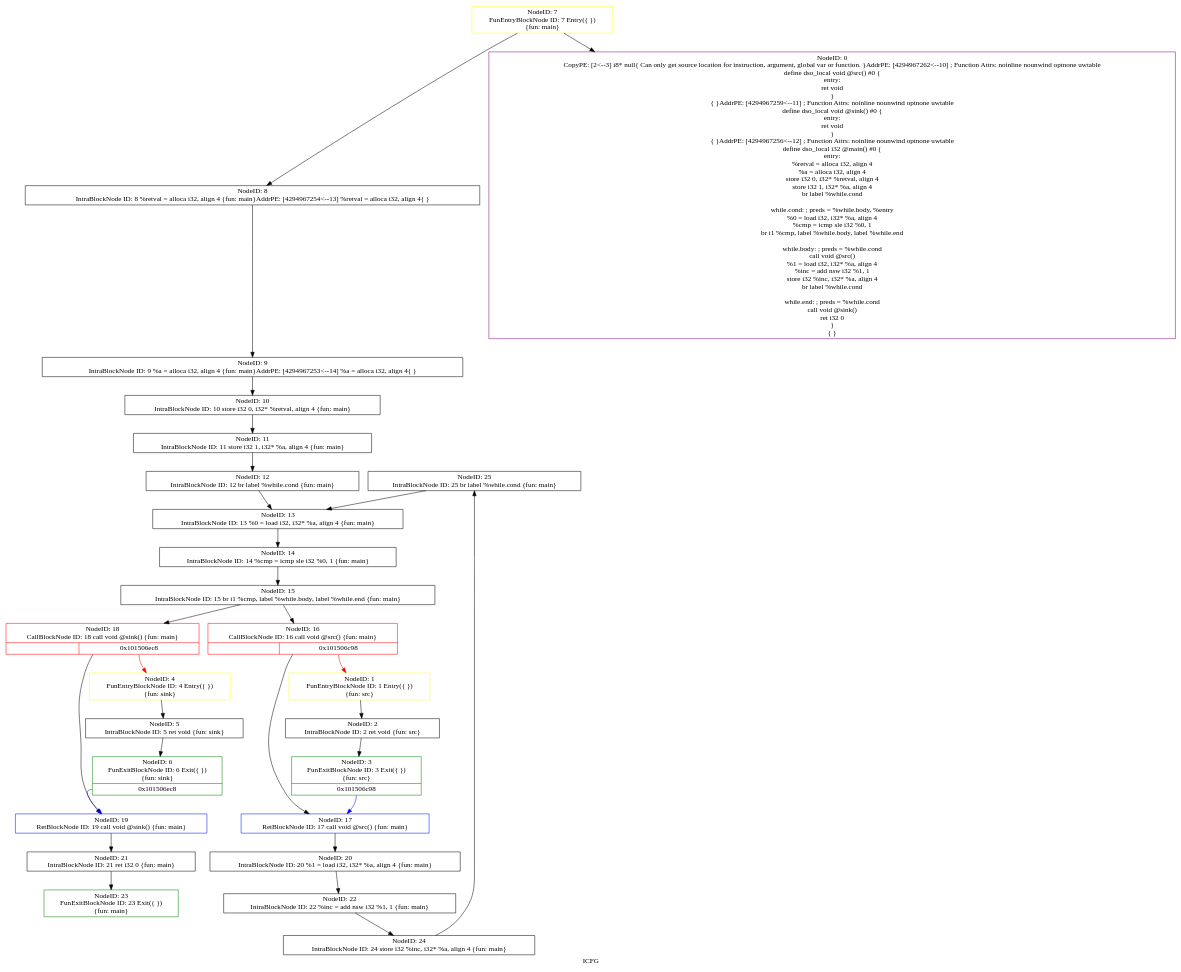
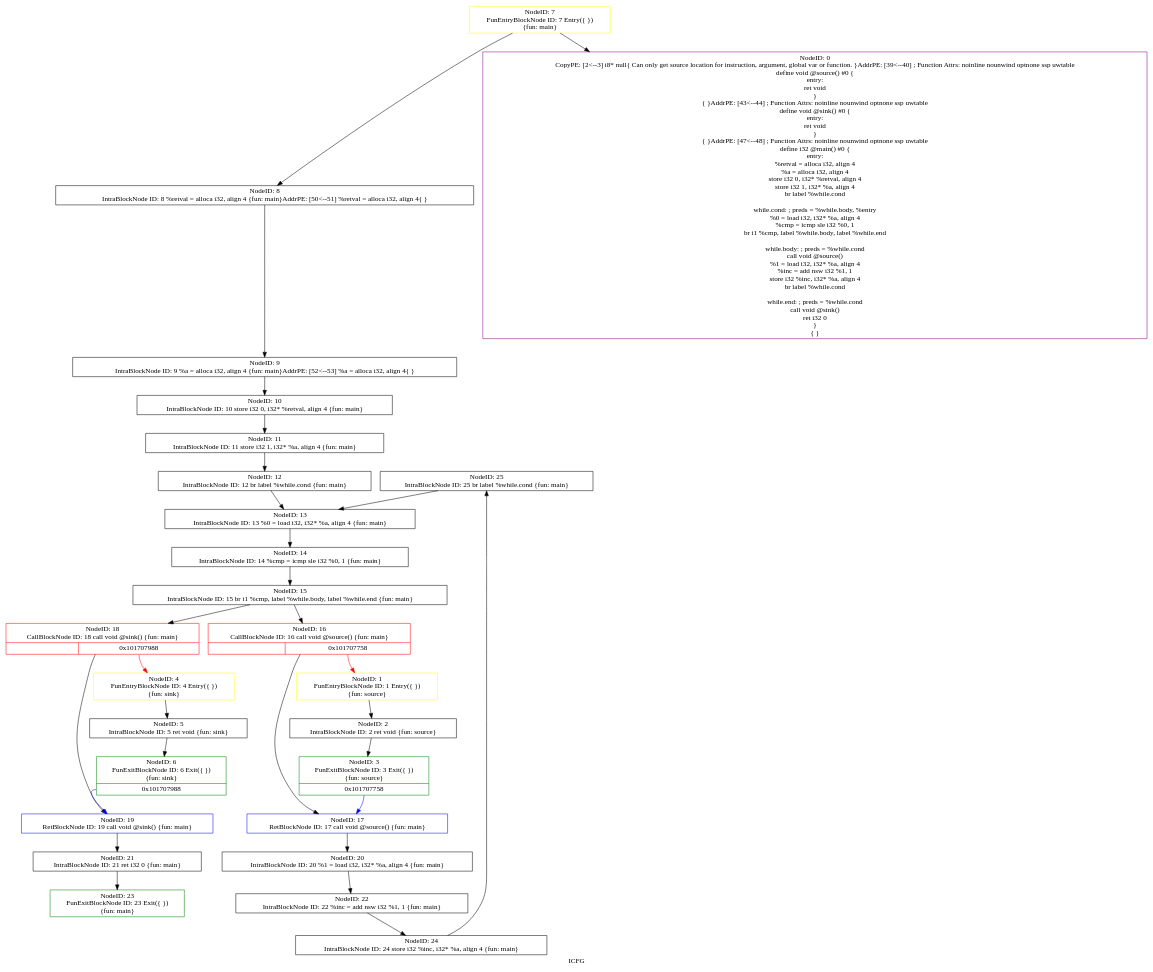
Before and after one commit to SVF-tools/Teaching-Software-Analysis: the diagram in Assignment-2/testcase/dot/icfg_test2.dot, drawn with Graphviz. The commit also changed 6 other files, not shown here.

Commit message:
src->source

```diff
--- a/Assignment-2/testcase/dot/icfg_test2.dot
+++ b/Assignment-2/testcase/dot/icfg_test2.dot
@@ -1,58 +1,58 @@
 digraph "ICFG" {
 	label="ICFG";
 
-	Node0x10150aa40 [shape=record,color=black,label="{NodeID: 25\nIntraBlockNode ID: 25   br label %while.cond \{fun: main\}}"];
-	Node0x10150aa40 -> Node0x101508350[style=solid];
-	Node0x10150a8e0 [shape=record,color=black,label="{NodeID: 24\nIntraBlockNode ID: 24   store i32 %inc, i32* %a, align 4 \{fun: main\}}"];
-	Node0x10150a8e0 -> Node0x10150aa40[style=solid];
-	Node0x10150a6b0 [shape=record,color=green,label="{NodeID: 23\nFunExitBlockNode ID: 23 Exit(\{  \})\n \{fun: main\}}"];
-	Node0x10150a4d0 [shape=record,color=black,label="{NodeID: 22\nIntraBlockNode ID: 22   %inc = add nsw i32 %1, 1 \{fun: main\}}"];
-	Node0x10150a4d0 -> Node0x10150a8e0[style=solid];
-	Node0x10150a200 [shape=record,color=black,label="{NodeID: 21\nIntraBlockNode ID: 21   ret i32 0 \{fun: main\}}"];
-	Node0x10150a200 -> Node0x10150a6b0[style=solid];
-	Node0x101509ff0 [shape=record,color=black,label="{NodeID: 20\nIntraBlockNode ID: 20   %1 = load i32, i32* %a, align 4 \{fun: main\}}"];
-	Node0x101509ff0 -> Node0x10150a4d0[style=solid];
-	Node0x101509dd0 [shape=record,color=blue,label="{NodeID: 19\nRetBlockNode ID: 19   call void @sink() \{fun: main\}}"];
-	Node0x101509dd0 -> Node0x10150a200[style=solid];
-	Node0x101509c50 [shape=record,color=red,label="{NodeID: 18\nCallBlockNode ID: 18   call void @sink() \{fun: main\}|{|<s1>0x101506ec8}}"];
-	Node0x101509c50 -> Node0x101509dd0[style=solid];
-	Node0x101509c50:s1 -> Node0x101507030[style=solid,color=red];
-	Node0x101509a30 [shape=record,color=blue,label="{NodeID: 17\nRetBlockNode ID: 17   call void @src() \{fun: main\}}"];
-	Node0x101509a30 -> Node0x101509ff0[style=solid];
-	Node0x1015098b0 [shape=record,color=red,label="{NodeID: 16\nCallBlockNode ID: 16   call void @src() \{fun: main\}|{|<s1>0x101506c98}}"];
-	Node0x1015098b0 -> Node0x101509a30[style=solid];
-	Node0x1015098b0:s1 -> Node0x101505930[style=solid,color=red];
-	Node0x101509750 [shape=record,color=black,label="{NodeID: 15\nIntraBlockNode ID: 15   br i1 %cmp, label %while.body, label %while.end \{fun: main\}}"];
-	Node0x101509750 -> Node0x1015098b0[style=solid];
-	Node0x101509750 -> Node0x101509c50[style=solid];
-	Node0x101508530 [shape=record,color=black,label="{NodeID: 14\nIntraBlockNode ID: 14   %cmp = icmp sle i32 %0, 1 \{fun: main\}}"];
-	Node0x101508530 -> Node0x101509750[style=solid];
-	Node0x101508350 [shape=record,color=black,label="{NodeID: 13\nIntraBlockNode ID: 13   %0 = load i32, i32* %a, align 4 \{fun: main\}}"];
-	Node0x101508350 -> Node0x101508530[style=solid];
-	Node0x1015081d0 [shape=record,color=black,label="{NodeID: 12\nIntraBlockNode ID: 12   br label %while.cond \{fun: main\}}"];
-	Node0x1015081d0 -> Node0x101508350[style=solid];
-	Node0x101507fc0 [shape=record,color=black,label="{NodeID: 11\nIntraBlockNode ID: 11   store i32 1, i32* %a, align 4 \{fun: main\}}"];
-	Node0x101507fc0 -> Node0x1015081d0[style=solid];
-	Node0x101507e10 [shape=record,color=black,label="{NodeID: 10\nIntraBlockNode ID: 10   store i32 0, i32* %retval, align 4 \{fun: main\}}"];
-	Node0x101507e10 -> Node0x101507fc0[style=solid];
-	Node0x101509680 [shape=record,color=black,label="{NodeID: 9\nIntraBlockNode ID: 9   %a = alloca i32, align 4 \{fun: main\}AddrPE: [4294967253\<--14]    %a = alloca i32, align 4\{  \}}"];
-	Node0x101509680 -> Node0x101507e10[style=solid];
-	Node0x1015094d0 [shape=record,color=black,label="{NodeID: 8\nIntraBlockNode ID: 8   %retval = alloca i32, align 4 \{fun: main\}AddrPE: [4294967254\<--13]    %retval = alloca i32, align 4\{  \}}"];
-	Node0x1015094d0 -> Node0x101509680[style=solid];
-	Node0x1015093c0 [shape=record,color=yellow,label="{NodeID: 7\nFunEntryBlockNode ID: 7 Entry(\{  \})\n \{fun: main\}}"];
-	Node0x1015093c0 -> Node0x101505870[style=solid];
-	Node0x1015093c0 -> Node0x1015094d0[style=solid];
-	Node0x1015072c0 [shape=record,color=green,label="{NodeID: 6\nFunExitBlockNode ID: 6 Exit(\{  \})\n \{fun: sink\}|{<s0>0x101506ec8}}"];
-	Node0x1015072c0:s0 -> Node0x101509dd0[style=solid,color=blue];
-	Node0x101507110 [shape=record,color=black,label="{NodeID: 5\nIntraBlockNode ID: 5   ret void \{fun: sink\}}"];
-	Node0x101507110 -> Node0x1015072c0[style=solid];
-	Node0x101507030 [shape=record,color=yellow,label="{NodeID: 4\nFunEntryBlockNode ID: 4 Entry(\{  \})\n \{fun: sink\}}"];
-	Node0x101507030 -> Node0x101507110[style=solid];
-	Node0x101506f10 [shape=record,color=green,label="{NodeID: 3\nFunExitBlockNode ID: 3 Exit(\{  \})\n \{fun: src\}|{<s0>0x101506c98}}"];
-	Node0x101506f10:s0 -> Node0x101509a30[style=solid,color=blue];
-	Node0x101505a10 [shape=record,color=black,label="{NodeID: 2\nIntraBlockNode ID: 2   ret void \{fun: src\}}"];
-	Node0x101505a10 -> Node0x101506f10[style=solid];
-	Node0x101505930 [shape=record,color=yellow,label="{NodeID: 1\nFunEntryBlockNode ID: 1 Entry(\{  \})\n \{fun: src\}}"];
-	Node0x101505930 -> Node0x101505a10[style=solid];
-	Node0x101505870 [shape=record,color=purple,label="{NodeID: 0\nCopyPE: [2\<--3]  i8* null\{ Can only get source location for instruction, argument, global var or function. \}AddrPE: [4294967262\<--10]  ; Function Attrs: noinline nounwind optnone uwtable\ndefine dso_local void @src() #0 \{\nentry:\n  ret void\n\}\n\{  \}AddrPE: [4294967259\<--11]  ; Function Attrs: noinline nounwind optnone uwtable\ndefine dso_local void @sink() #0 \{\nentry:\n  ret void\n\}\n\{  \}AddrPE: [4294967256\<--12]  ; Function Attrs: noinline nounwind optnone uwtable\ndefine dso_local i32 @main() #0 \{\nentry:\n  %retval = alloca i32, align 4\n  %a = alloca i32, align 4\n  store i32 0, i32* %retval, align 4\n  store i32 1, i32* %a, align 4\n  br label %while.cond\n\nwhile.cond:                                       ; preds = %while.body, %entry\n  %0 = load i32, i32* %a, align 4\n  %cmp = icmp sle i32 %0, 1\n  br i1 %cmp, label %while.body, label %while.end\n\nwhile.body:                                       ; preds = %while.cond\n  call void @src()\n  %1 = load i32, i32* %a, align 4\n  %inc = add nsw i32 %1, 1\n  store i32 %inc, i32* %a, align 4\n  br label %while.cond\n\nwhile.end:                                        ; preds = %while.cond\n  call void @sink()\n  ret i32 0\n\}\n\{  \}}"];
+	Node0x10170b6f0 [shape=record,color=black,label="{NodeID: 25\nIntraBlockNode ID: 25   br label %while.cond \{fun: main\}}"];
+	Node0x10170b6f0 -> Node0x101708f80[style=solid];
+	Node0x10170b590 [shape=record,color=black,label="{NodeID: 24\nIntraBlockNode ID: 24   store i32 %inc, i32* %a, align 4 \{fun: main\}}"];
+	Node0x10170b590 -> Node0x10170b6f0[style=solid];
+	Node0x10170b360 [shape=record,color=green,label="{NodeID: 23\nFunExitBlockNode ID: 23 Exit(\{  \})\n \{fun: main\}}"];
+	Node0x10170b180 [shape=record,color=black,label="{NodeID: 22\nIntraBlockNode ID: 22   %inc = add nsw i32 %1, 1 \{fun: main\}}"];
+	Node0x10170b180 -> Node0x10170b590[style=solid];
+	Node0x10170aeb0 [shape=record,color=black,label="{NodeID: 21\nIntraBlockNode ID: 21   ret i32 0 \{fun: main\}}"];
+	Node0x10170aeb0 -> Node0x10170b360[style=solid];
+	Node0x10170aca0 [shape=record,color=black,label="{NodeID: 20\nIntraBlockNode ID: 20   %1 = load i32, i32* %a, align 4 \{fun: main\}}"];
+	Node0x10170aca0 -> Node0x10170b180[style=solid];
+	Node0x10170aa80 [shape=record,color=blue,label="{NodeID: 19\nRetBlockNode ID: 19   call void @sink() \{fun: main\}}"];
+	Node0x10170aa80 -> Node0x10170aeb0[style=solid];
+	Node0x10170a900 [shape=record,color=red,label="{NodeID: 18\nCallBlockNode ID: 18   call void @sink() \{fun: main\}|{|<s1>0x101707988}}"];
+	Node0x10170a900 -> Node0x10170aa80[style=solid];
+	Node0x10170a900:s1 -> Node0x101706150[style=solid,color=red];
+	Node0x10170a6e0 [shape=record,color=blue,label="{NodeID: 17\nRetBlockNode ID: 17   call void @source() \{fun: main\}}"];
+	Node0x10170a6e0 -> Node0x10170aca0[style=solid];
+	Node0x10170a560 [shape=record,color=red,label="{NodeID: 16\nCallBlockNode ID: 16   call void @source() \{fun: main\}|{|<s1>0x101707758}}"];
+	Node0x10170a560 -> Node0x10170a6e0[style=solid];
+	Node0x10170a560:s1 -> Node0x101705d60[style=solid,color=red];
+	Node0x1017092b0 [shape=record,color=black,label="{NodeID: 15\nIntraBlockNode ID: 15   br i1 %cmp, label %while.body, label %while.end \{fun: main\}}"];
+	Node0x1017092b0 -> Node0x10170a560[style=solid];
+	Node0x1017092b0 -> Node0x10170a900[style=solid];
+	Node0x101709160 [shape=record,color=black,label="{NodeID: 14\nIntraBlockNode ID: 14   %cmp = icmp sle i32 %0, 1 \{fun: main\}}"];
+	Node0x101709160 -> Node0x1017092b0[style=solid];
+	Node0x101708f80 [shape=record,color=black,label="{NodeID: 13\nIntraBlockNode ID: 13   %0 = load i32, i32* %a, align 4 \{fun: main\}}"];
+	Node0x101708f80 -> Node0x101709160[style=solid];
+	Node0x101708e00 [shape=record,color=black,label="{NodeID: 12\nIntraBlockNode ID: 12   br label %while.cond \{fun: main\}}"];
+	Node0x101708e00 -> Node0x101708f80[style=solid];
+	Node0x101708bf0 [shape=record,color=black,label="{NodeID: 11\nIntraBlockNode ID: 11   store i32 1, i32* %a, align 4 \{fun: main\}}"];
+	Node0x101708bf0 -> Node0x101708e00[style=solid];
+	Node0x101708ab0 [shape=record,color=black,label="{NodeID: 10\nIntraBlockNode ID: 10   store i32 0, i32* %retval, align 4 \{fun: main\}}"];
+	Node0x101708ab0 -> Node0x101708bf0[style=solid];
+	Node0x10170a310 [shape=record,color=black,label="{NodeID: 9\nIntraBlockNode ID: 9   %a = alloca i32, align 4 \{fun: main\}AddrPE: [52\<--53]    %a = alloca i32, align 4\{  \}}"];
+	Node0x10170a310 -> Node0x101708ab0[style=solid];
+	Node0x10170a180 [shape=record,color=black,label="{NodeID: 8\nIntraBlockNode ID: 8   %retval = alloca i32, align 4 \{fun: main\}AddrPE: [50\<--51]    %retval = alloca i32, align 4\{  \}}"];
+	Node0x10170a180 -> Node0x10170a310[style=solid];
+	Node0x10170a0e0 [shape=record,color=yellow,label="{NodeID: 7\nFunEntryBlockNode ID: 7 Entry(\{  \})\n \{fun: main\}}"];
+	Node0x10170a0e0 -> Node0x101705ca0[style=solid];
+	Node0x10170a0e0 -> Node0x10170a180[style=solid];
+	Node0x1017063e0 [shape=record,color=green,label="{NodeID: 6\nFunExitBlockNode ID: 6 Exit(\{  \})\n \{fun: sink\}|{<s0>0x101707988}}"];
+	Node0x1017063e0:s0 -> Node0x10170aa80[style=solid,color=blue];
+	Node0x101706230 [shape=record,color=black,label="{NodeID: 5\nIntraBlockNode ID: 5   ret void \{fun: sink\}}"];
+	Node0x101706230 -> Node0x1017063e0[style=solid];
+	Node0x101706150 [shape=record,color=yellow,label="{NodeID: 4\nFunEntryBlockNode ID: 4 Entry(\{  \})\n \{fun: sink\}}"];
+	Node0x101706150 -> Node0x101706230[style=solid];
+	Node0x101705ff0 [shape=record,color=green,label="{NodeID: 3\nFunExitBlockNode ID: 3 Exit(\{  \})\n \{fun: source\}|{<s0>0x101707758}}"];
+	Node0x101705ff0:s0 -> Node0x10170a6e0[style=solid,color=blue];
+	Node0x101705e40 [shape=record,color=black,label="{NodeID: 2\nIntraBlockNode ID: 2   ret void \{fun: source\}}"];
+	Node0x101705e40 -> Node0x101705ff0[style=solid];
+	Node0x101705d60 [shape=record,color=yellow,label="{NodeID: 1\nFunEntryBlockNode ID: 1 Entry(\{  \})\n \{fun: source\}}"];
+	Node0x101705d60 -> Node0x101705e40[style=solid];
+	Node0x101705ca0 [shape=record,color=purple,label="{NodeID: 0\nCopyPE: [2\<--3]  i8* null\{ Can only get source location for instruction, argument, global var or function. \}AddrPE: [39\<--40]  ; Function Attrs: noinline nounwind optnone ssp uwtable\ndefine void @source() #0 \{\nentry:\n  ret void\n\}\n\{  \}AddrPE: [43\<--44]  ; Function Attrs: noinline nounwind optnone ssp uwtable\ndefine void @sink() #0 \{\nentry:\n  ret void\n\}\n\{  \}AddrPE: [47\<--48]  ; Function Attrs: noinline nounwind optnone ssp uwtable\ndefine i32 @main() #0 \{\nentry:\n  %retval = alloca i32, align 4\n  %a = alloca i32, align 4\n  store i32 0, i32* %retval, align 4\n  store i32 1, i32* %a, align 4\n  br label %while.cond\n\nwhile.cond:                                       ; preds = %while.body, %entry\n  %0 = load i32, i32* %a, align 4\n  %cmp = icmp sle i32 %0, 1\n  br i1 %cmp, label %while.body, label %while.end\n\nwhile.body:                                       ; preds = %while.cond\n  call void @source()\n  %1 = load i32, i32* %a, align 4\n  %inc = add nsw i32 %1, 1\n  store i32 %inc, i32* %a, align 4\n  br label %while.cond\n\nwhile.end:                                        ; preds = %while.cond\n  call void @sink()\n  ret i32 0\n\}\n\{  \}}"];
 }
```
